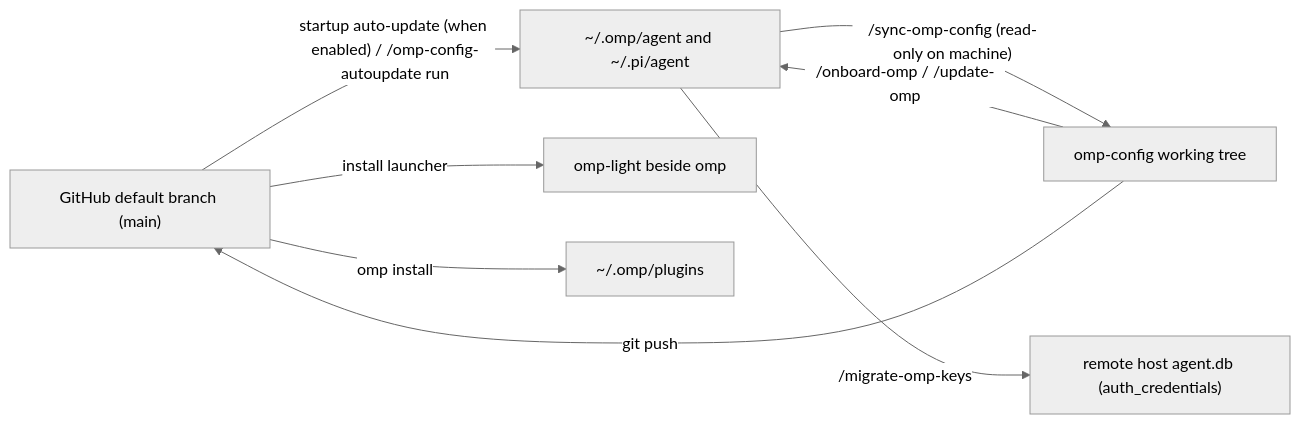
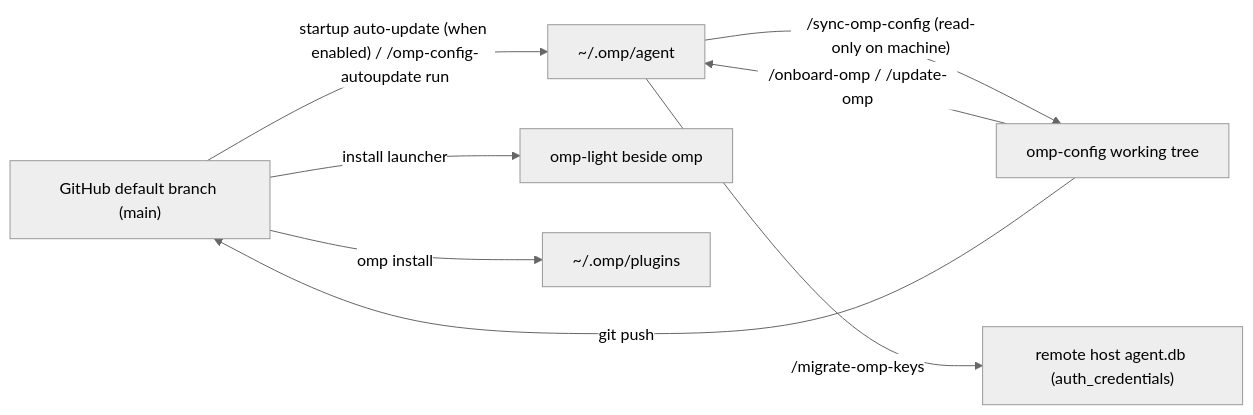
Before and after one commit to oh-my-omp/omp-config: the diagram in docs/operations.md, drawn with Mermaid (neutral theme). The commit also changed other lines of this file and 18 other files, not shown here.

````diff
--- a/docs/operations.md
+++ b/docs/operations.md
@@ -5,10 +5,10 @@
 ```mermaid
 flowchart LR
-  gh["GitHub default branch (main)"] -->|"startup auto-update (when enabled) / /omp-config-autoupdate run"| local["~/.omp/agent and ~/.pi/agent"]
+  gh["GitHub default branch (main)"] -->|"startup auto-update (when enabled) / /omp-config-autoupdate run"| local["~/.omp/agent"]
   repo["omp-config working tree"] -->|"/onboard-omp / /update-omp"| local
   local -->|"/sync-omp-config (read-only on machine)"| repo
   repo -->|"git push"| gh
   gh -->|"install launcher"| light["omp-light beside omp"]
   gh -->|"omp install"| plugins["~/.omp/plugins"]
   local -->|"/migrate-omp-keys"| remote["remote host agent.db (auth_credentials)"]
 ```
````
